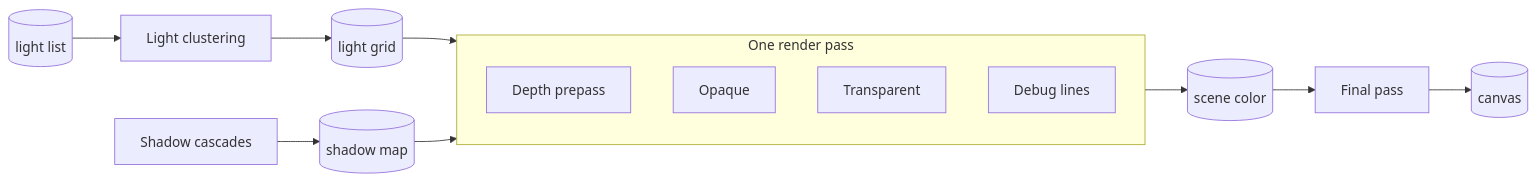
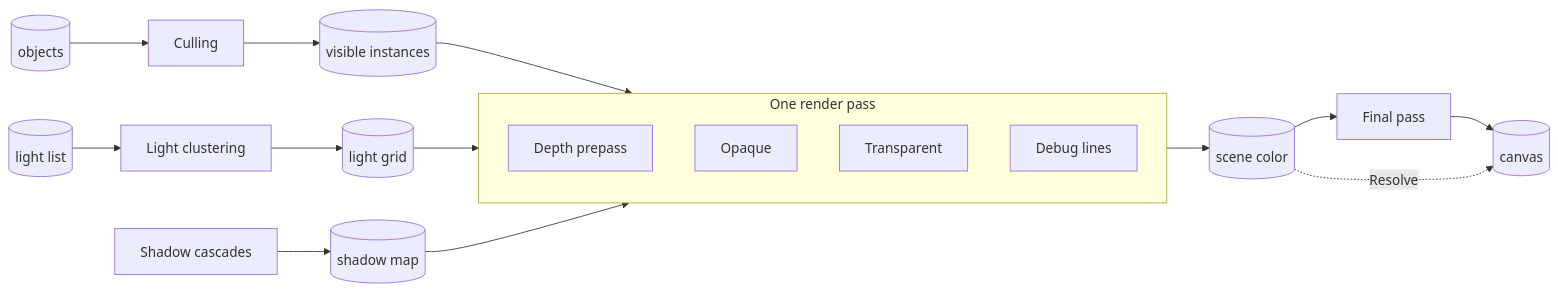
Before and after one commit to null3d-engine/null3d: the first of 2 diagrams in docs/concepts/render-graph.md, drawn with Mermaid. The commit also changed other lines of this file and 32 other files, not shown here.

````diff
--- a/docs/concepts/render-graph.md
+++ b/docs/concepts/render-graph.md
@@ -13,14 +13,17 @@
 ```mermaid
 flowchart LR
+    objects[("objects")] --> culling["Culling"] --> visible[("visible instances")]
     lights[("light list")] --> clusters["Light clustering"] --> grid[("light grid")]
     cascades["Shadow cascades"] --> shadowMap[("shadow map")]
+    visible --> scene
     grid --> scene
     shadowMap --> scene
     subgraph scene["One render pass"]
         prepass["Depth prepass"]
         opaque["Opaque"]
         transparent["Transparent"]
         lines["Debug lines"]
     end
     scene --> color[("scene color")] --> final["Final pass"] --> canvas[("canvas")]
+    color -. "Resolve" .-> canvas
 ```
````
